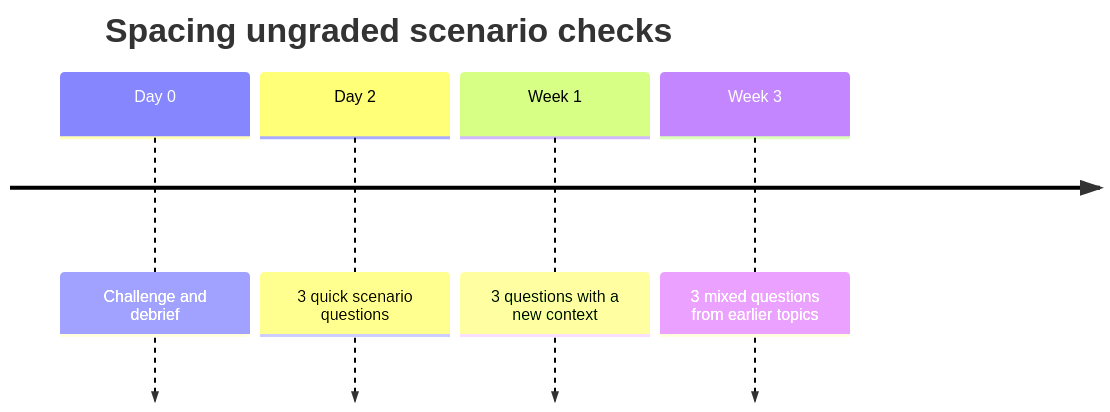
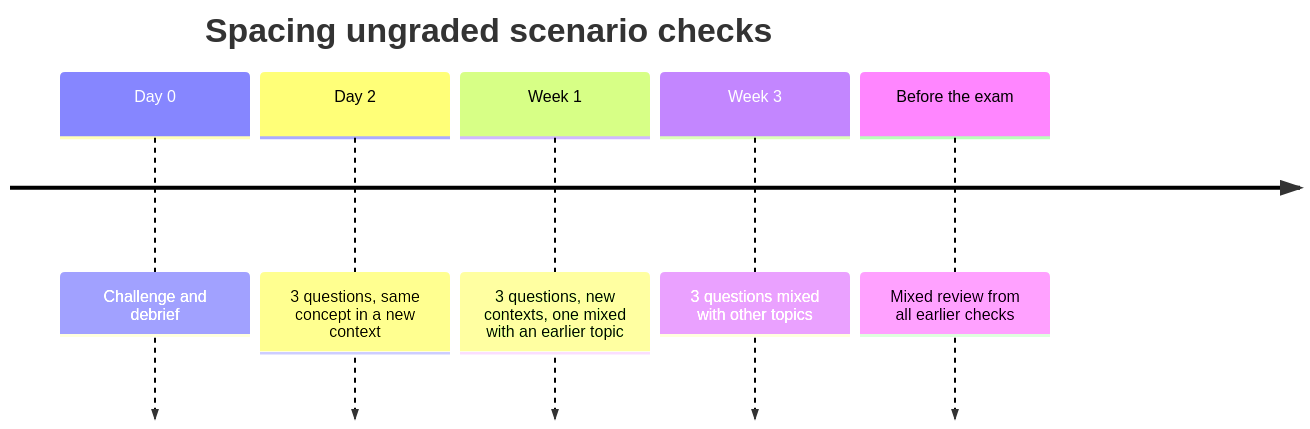
One commit to clarkngo/applied-ai-field-guide changed the second of 2 diagrams in docs/educators/scenario-knowledge-checks.md. Above: the diagram before and after it, drawn with Mermaid. The commit also changed other lines of this file and 4 other files, not shown here.

````diff
--- a/docs/educators/scenario-knowledge-checks.md
+++ b/docs/educators/scenario-knowledge-checks.md
@@ -34,8 +51,9 @@
 ```mermaid
 timeline
   title Spacing ungraded scenario checks
   Day 0 : Challenge and debrief
-  Day 2 : 3 quick scenario questions
-  Week 1 : 3 questions with a new context
-  Week 3 : 3 mixed questions from earlier topics
+  Day 2 : 3 questions, same concept in a new context
+  Week 1 : 3 questions, new contexts, one mixed with an earlier topic
+  Week 3 : 3 questions mixed with other topics
+  Before the exam : Mixed review from all earlier checks
 ```
````
